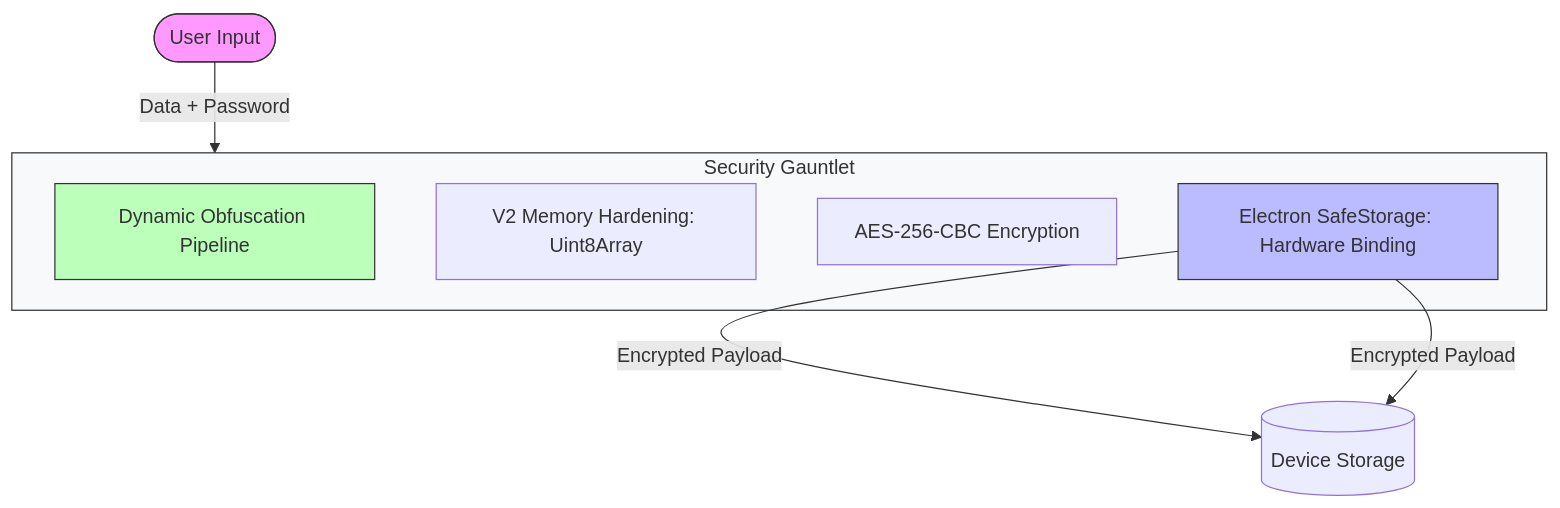
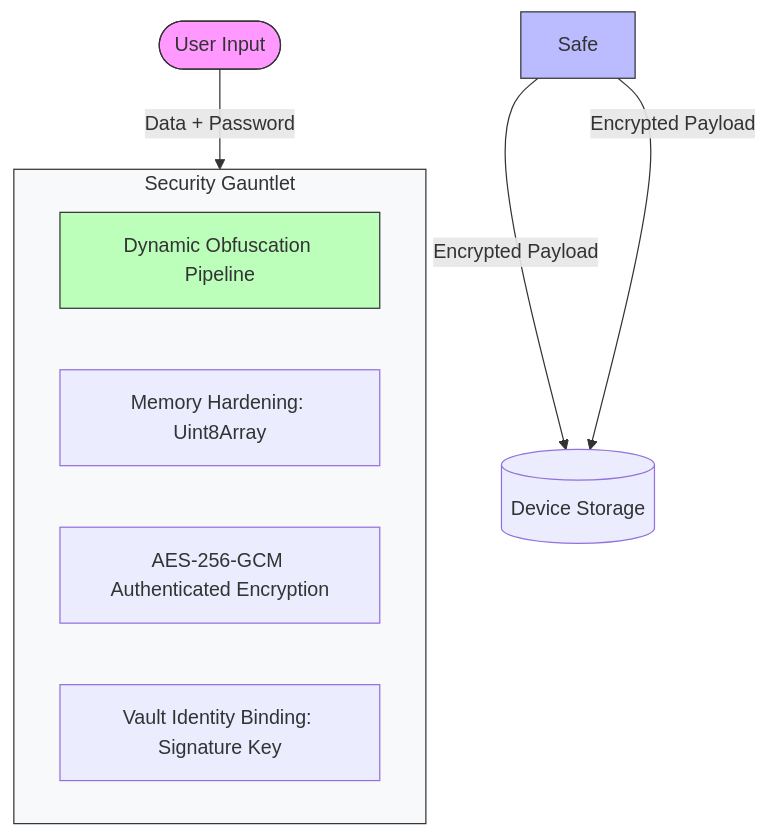
One commit to Kryklin/darkstar changed the first of 4 diagrams in DARKSTAR_ARCHITECTURE.md. Above: the diagram before and after it, drawn with Mermaid. The commit also changed other lines of this file and 27 other files, not shown here.

Commit message:
feat: Implement Darkstar V3 encryption protocol with multi-language suite and integrated client-side components for encryption, decryption, and vault management.

````diff
--- a/DARKSTAR_ARCHITECTURE.md
+++ b/DARKSTAR_ARCHITECTURE.md
@@ -32,19 +32,19 @@
 ```mermaid
 graph TD
     User([User Input]) -->|Data + Password| Layers[Multi-Layer Protection]
 
     subgraph Layers [Security Gauntlet]
         Obf[Dynamic Obfuscation Pipeline]
-        MemH[V2 Memory Hardening: Uint8Array]
-        AES[AES-256-CBC Encryption]
-        Safe[Electron SafeStorage: Hardware Binding]
+        MemH[Memory Hardening: Uint8Array]
+        AES[AES-256-GCM Authenticated Encryption]
+        Identity[Vault Identity Binding: Signature Key]
     end
 
     Safe -->|Encrypted Payload| Storage[(Device Storage)]
     Safe -->|Encrypted Payload| Storage[(Device Storage)]
 
     style User fill:#f9f,stroke:#333
     style Layers fill:#f8f9fa,stroke:#333
     style Safe fill:#bbf,stroke:#333
     style Obf fill:#bfb,stroke:#333
 ```
````
